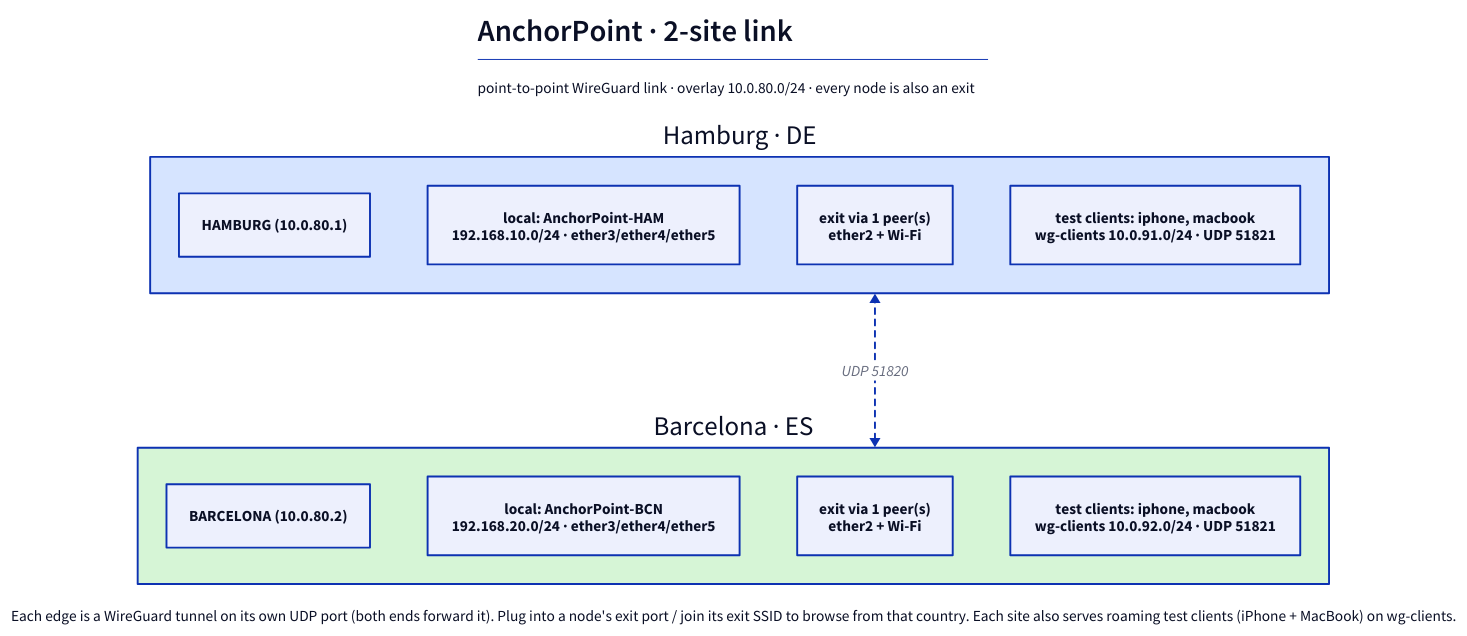
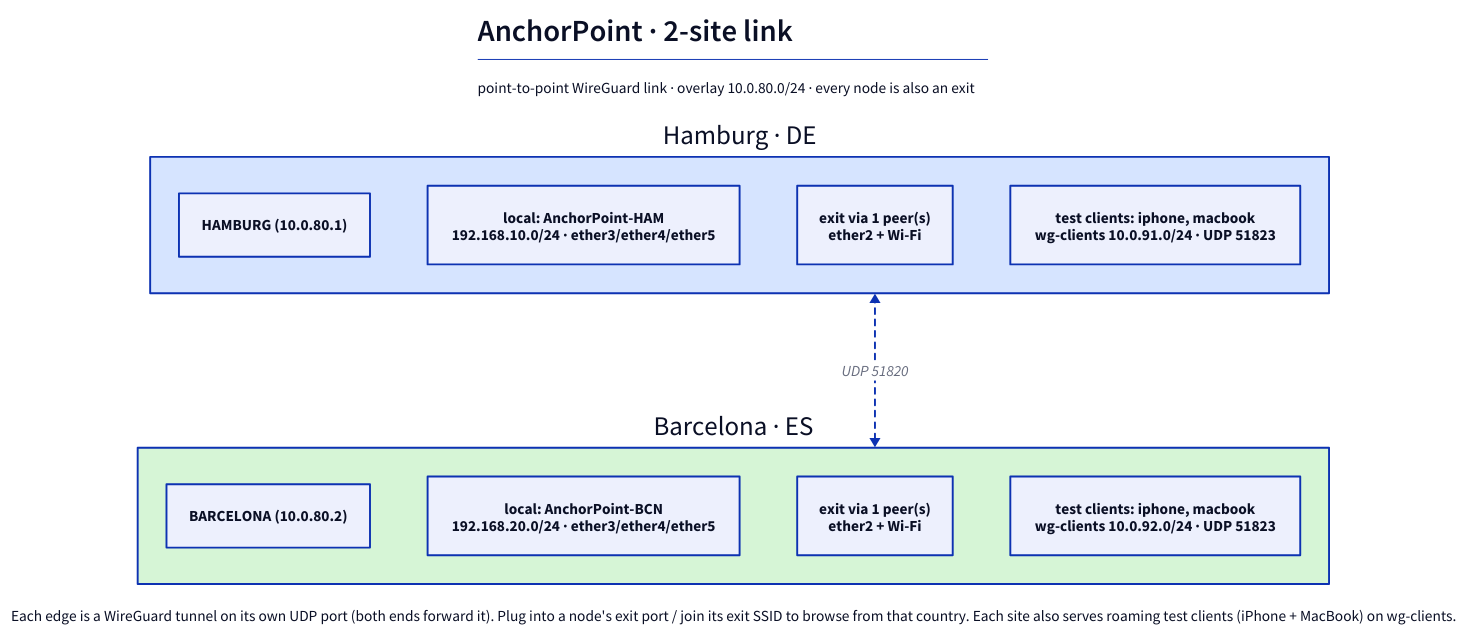
Before and after one commit to alex-xpertone/anchorpoint: the diagram in examples/architecture.d2, drawn with D2. The commit also changed 13 other files, not shown here.

```diff
--- a/examples/architecture.d2
+++ b/examples/architecture.d2
@@ -1,30 +1,30 @@
 # AnchorPoint Mesh — anchorpoint   # Render: scripts/render-diagrams.sh deployments/mesh/architecture.d2
 
 title: |md
   # AnchorPoint · 2-site link
 point-to-point WireGuard link · overlay 10.0.80.0/24 · every node is also an exit
 | {near: top-center}
 
 hamburg: Hamburg · DE {
   style.fill: "#d6e4ff"
   id: "HAMBURG  (10.0.80.1)"
   local: "local: AnchorPoint-HAM\n192.168.10.0/24 · ether3/ether4/ether5"
   exits: "exit via 1 peer(s)\nether2 + Wi-Fi"
-  clients: "test clients: iphone, macbook\nwg-clients 10.0.91.0/24 · UDP 51821"
+  clients: "test clients: iphone, macbook\nwg-clients 10.0.91.0/24 · UDP 51823"
 }
 barcelona: Barcelona · ES {
   style.fill: "#d6f5d6"
   id: "BARCELONA  (10.0.80.2)"
   local: "local: AnchorPoint-BCN\n192.168.20.0/24 · ether3/ether4/ether5"
   exits: "exit via 1 peer(s)\nether2 + Wi-Fi"
-  clients: "test clients: iphone, macbook\nwg-clients 10.0.92.0/24 · UDP 51821"
+  clients: "test clients: iphone, macbook\nwg-clients 10.0.92.0/24 · UDP 51823"
 }
 
 # One WireGuard tunnel per unordered pair (dedupe: this.index < remote.index)
 hamburg <-> barcelona: "UDP 51820" {style.stroke-dash: 3}
 
 note: |md
   Each edge is a WireGuard tunnel on its own UDP port (both ends forward it).
   Plug into a node's exit port / join its exit SSID to browse from that country.
   Each site also serves roaming test clients (iPhone + MacBook) on wg-clients.
 | {near: bottom-center}
```
